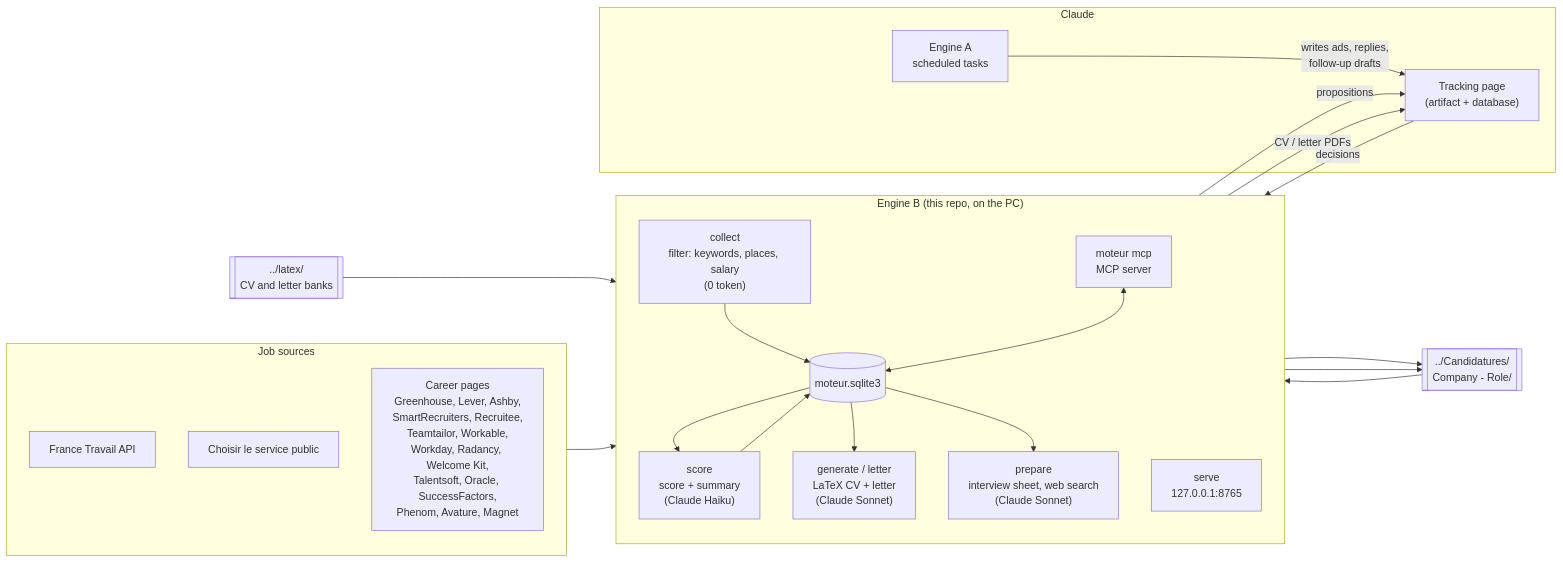
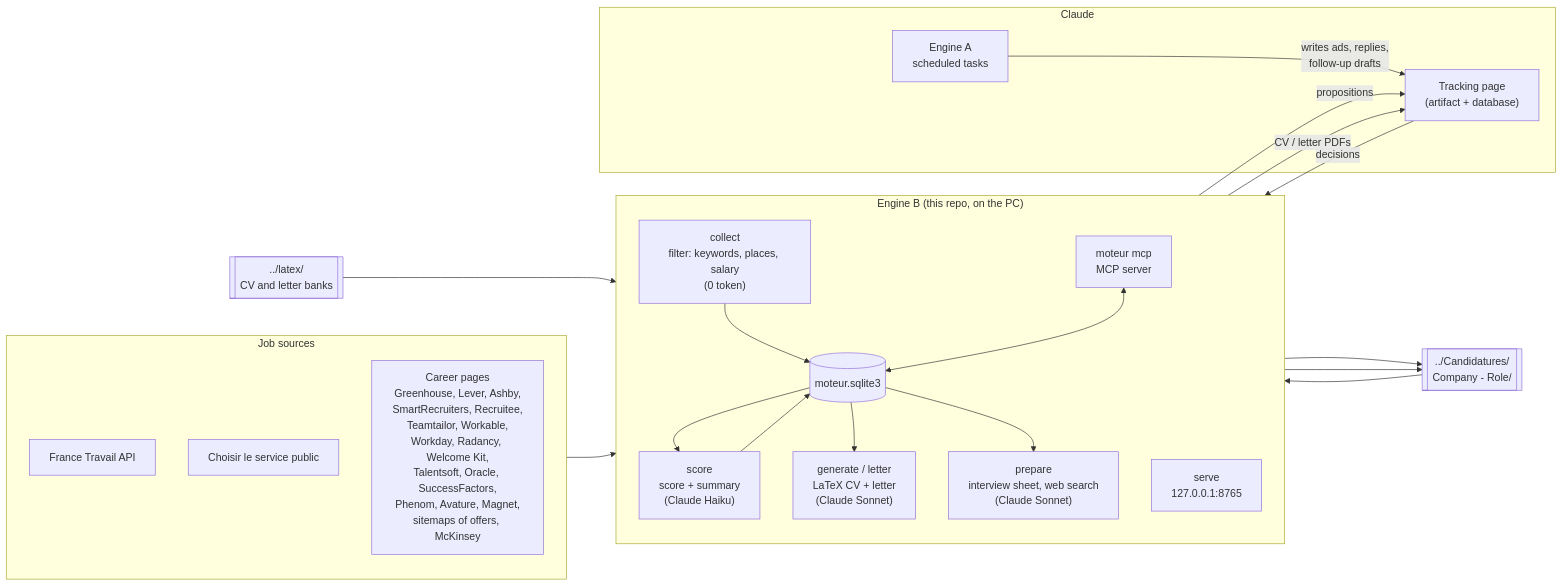
Before and after one commit to antoinebertoux/moteur-candidatures: the first of 2 diagrams in README.md, drawn with Mermaid. The commit also changed other lines of this file and 11 other files, not shown here.

First line of the commit message:
Add sitemap and McKinsey sources; follow five in-house career sites

````diff
--- a/README.md
+++ b/README.md
@@ -19,41 +19,41 @@
 ```mermaid
 flowchart LR
     subgraph sources["Job sources"]
         FT["France Travail API"]
         SP["Choisir le service public"]
-        ATS["Career pages<br/>Greenhouse, Lever, Ashby,<br/>SmartRecruiters, Recruitee,<br/>Teamtailor, Workable,<br/>Workday, Radancy, Welcome Kit,<br/>Talentsoft, Oracle, SuccessFactors,<br/>Phenom, Avature, Magnet"]
+        ATS["Career pages<br/>Greenhouse, Lever, Ashby,<br/>SmartRecruiters, Recruitee,<br/>Teamtailor, Workable,<br/>Workday, Radancy, Welcome Kit,<br/>Talentsoft, Oracle, SuccessFactors,<br/>Phenom, Avature, Magnet,<br/>sitemaps of offers, McKinsey"]
     end
 
     subgraph B["Engine B (this repo, on the PC)"]
         direction TB
         COL["collect<br/>filter: keywords, places, salary<br/>(0 token)"]
         DB[("moteur.sqlite3")]
         NOT["score<br/>score + summary<br/>(Claude Haiku)"]
         GEN["generate / letter<br/>LaTeX CV + letter<br/>(Claude Sonnet)"]
         PREP["prepare<br/>interview sheet, web search<br/>(Claude Sonnet)"]
         MCP["moteur mcp<br/>MCP server"]
         SRV["serve<br/>127.0.0.1:8765"]
         COL --> DB --> NOT --> DB
         DB --> GEN
         DB --> PREP
         MCP <--> DB
     end
 
     subgraph claude["Claude"]
         PAGE["Tracking page<br/>(artifact + database)"]
         A["Engine A<br/>scheduled tasks"]
     end
 
     LATEX[["../latex/<br/>CV and letter banks"]]
     OUT[["../Candidatures/<br/>Company - Role/"]]
 
     sources --> COL
     LATEX --> GEN
     GEN --> OUT
     PREP --> OUT
     MCP -- "propositions" --> PAGE
     PAGE -- "decisions" --> MCP
     A -- "writes ads, replies,<br/>follow-up drafts" --> PAGE
     SRV -- "CV / letter PDFs" --> PAGE
     OUT --> SRV
 ```
````
